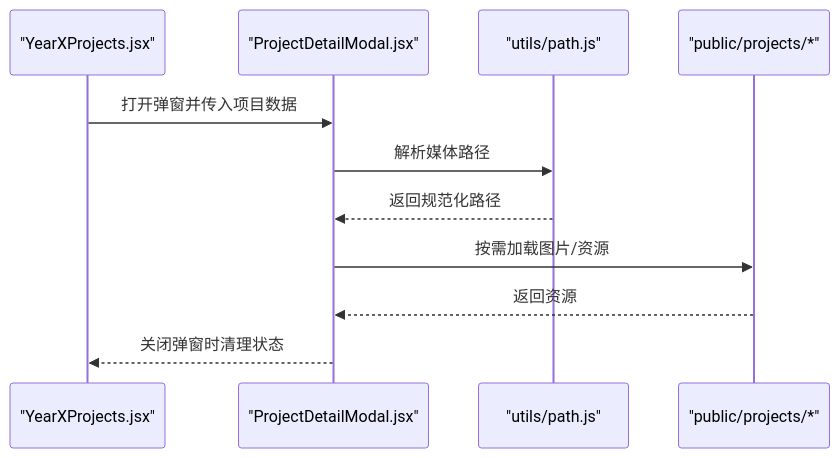
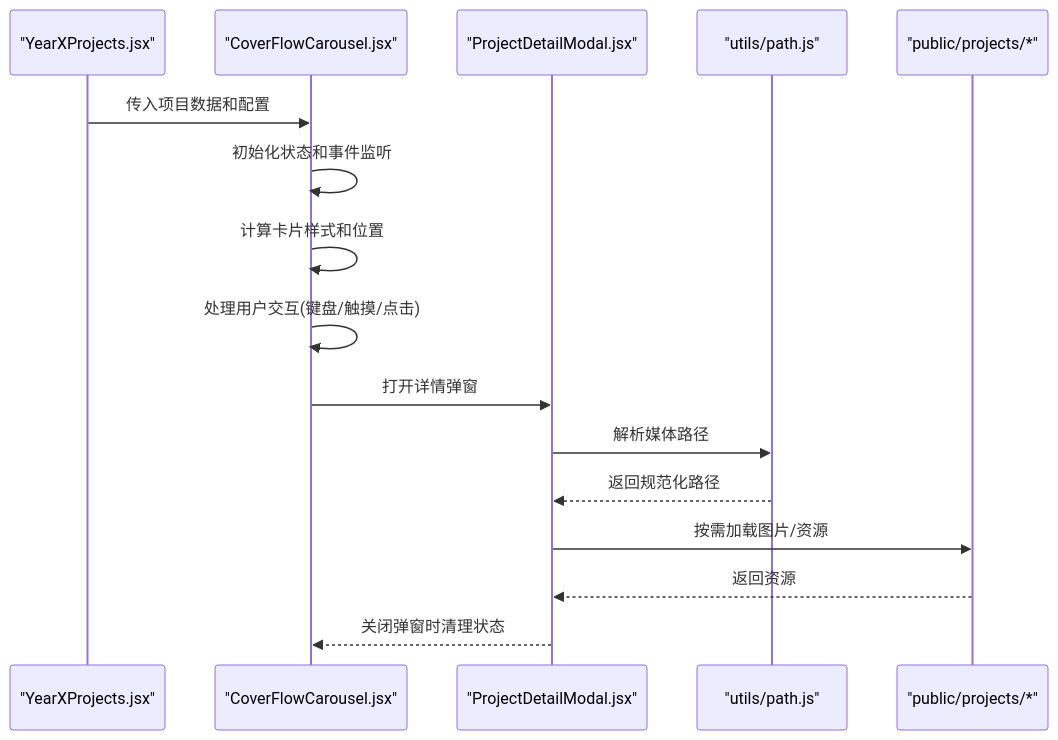
One commit to lithos666/lithos666.github.io changed the fifth of 6 diagrams in .qoder/repowiki/zh/content/核心功能模块/作品展示组件/年份项目组件.md. Above: the diagram before and after it, drawn with Mermaid. The commit also changed other lines of this file and 51 other files, not shown here.

````diff
--- a/.qoder/repowiki/zh/content/核心功能模块/作品展示组件/年份项目组件.md
+++ b/.qoder/repowiki/zh/content/核心功能模块/作品展示组件/年份项目组件.md
@@ -232,13 +277,18 @@
 ```mermaid
 sequenceDiagram
 participant Y as "YearXProjects.jsx"
+participant CFC as "CoverFlowCarousel.jsx"
 participant PM as "ProjectDetailModal.jsx"
 participant PTH as "utils/path.js"
 participant FS as "public/projects/*"
-Y->>PM : 打开弹窗并传入项目数据
+Y->>CFC : 传入项目数据和配置
+CFC->>CFC : 初始化状态和事件监听
+CFC->>CFC : 计算卡片样式和位置
+CFC->>CFC : 处理用户交互(键盘/触摸/点击)
+CFC->>PM : 打开详情弹窗
 PM->>PTH : 解析媒体路径
 PTH-->>PM : 返回规范化路径
 PM->>FS : 按需加载图片/资源
 FS-->>PM : 返回资源
-PM-->>Y : 关闭弹窗时清理状态
+PM-->>CFC : 关闭弹窗时清理状态
 ```
````
